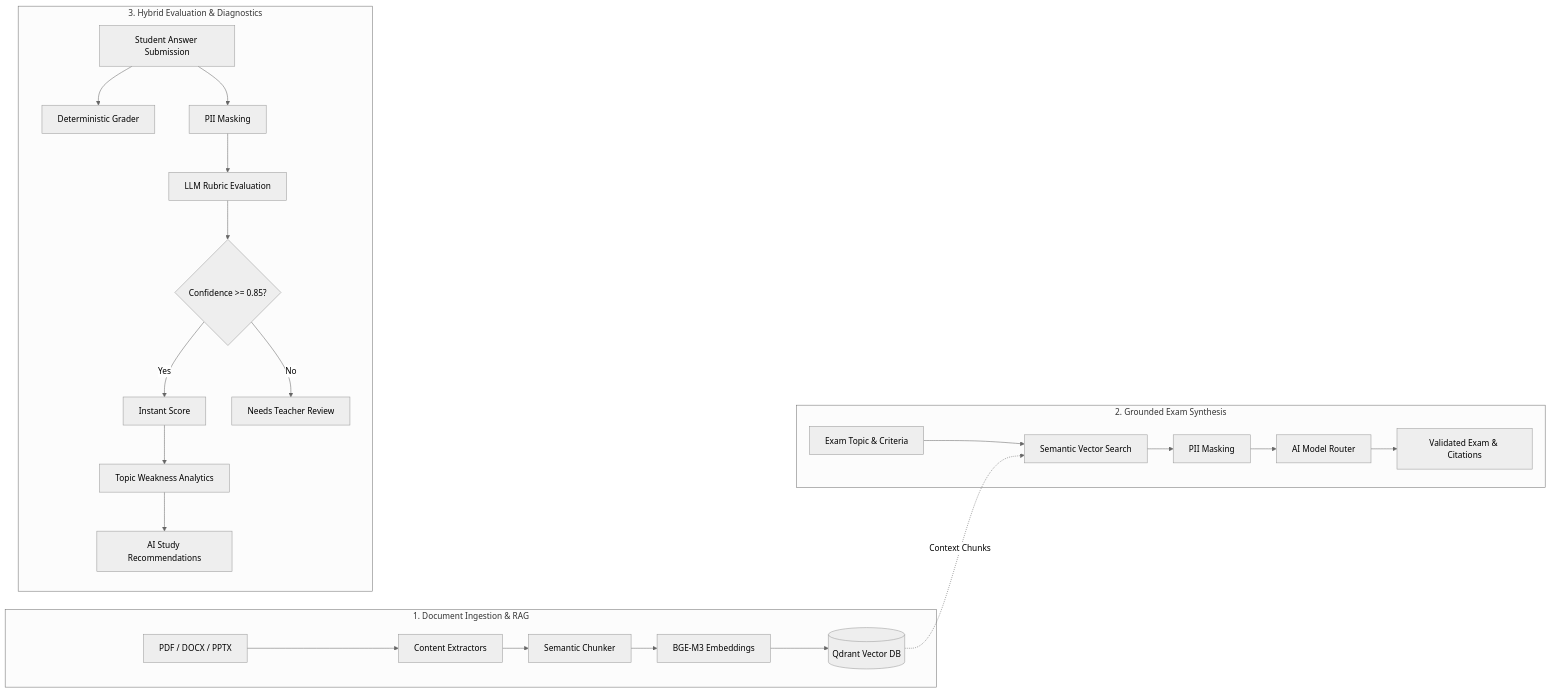
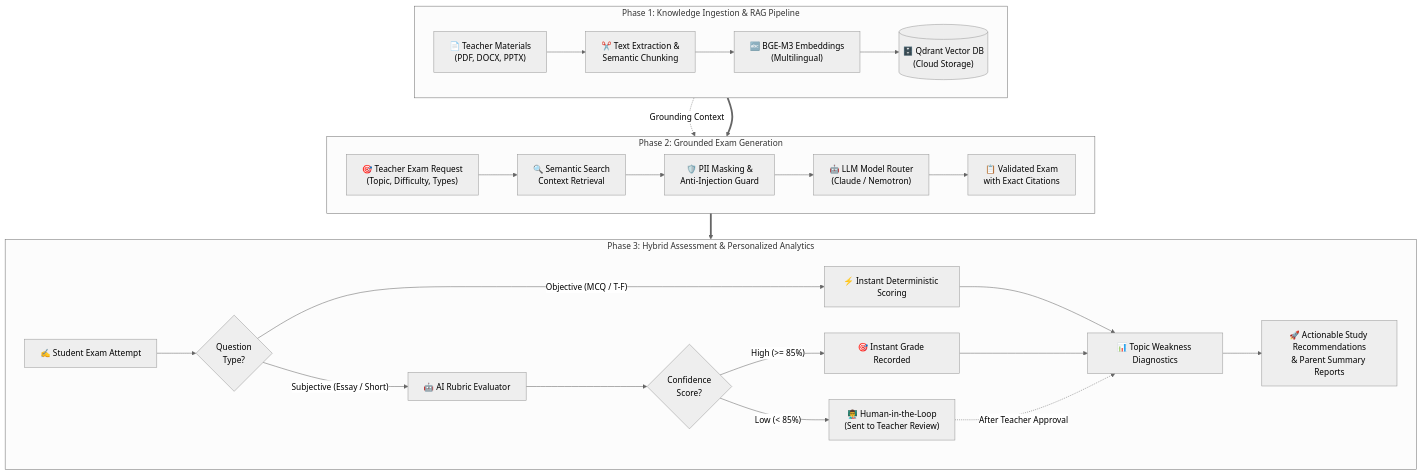
Before and after one commit to DrayaTeam/Draya-API: the diagram in README.md, drawn with Mermaid (neutral theme).

Commit message:
docs: improve Mermaid diagram readability and structure

````diff
--- a/README.md
+++ b/README.md
@@ -27,28 +27,36 @@
 ```mermaid
-flowchart LR
-    subgraph Ingestion["1. Document Ingestion & RAG"]
-        Doc[PDF / DOCX / PPTX] --> Extractor[Content Extractors]
-        Extractor --> Chunker[Semantic Chunker]
-        Chunker --> Embedding[BGE-M3 Embeddings]
-        Embedding --> Qdrant[(Qdrant Vector DB)]
+flowchart TD
+    subgraph S1["Phase 1: Knowledge Ingestion & RAG Pipeline"]
+        direction LR
+        A["📄 Teacher Materials<br/>(PDF, DOCX, PPTX)"] --> B["✂️ Text Extraction &<br/>Semantic Chunking"]
+        B --> C["🔤 BGE-M3 Embeddings<br/>(Multilingual)"]
+        C --> D[("🗄️ Qdrant Vector DB<br/>(Cloud Storage)")]
     end
 
-    subgraph Generation["2. Grounded Exam Synthesis"]
-        TeacherReq[Exam Topic & Criteria] --> Search[Semantic Vector Search]
-        Qdrant -. Context Chunks .-> Search
-        Search --> Anonymizer1[PII Masking]
-        Anonymizer1 --> Router[AI Model Router]
-        Router --> ExamGen[Validated Exam & Citations]
+    subgraph S2["Phase 2: Grounded Exam Generation"]
+        direction LR
+        E["🎯 Teacher Exam Request<br/>(Topic, Difficulty, Types)"] --> F["🔍 Semantic Search<br/>Context Retrieval"]
+        D -. "Grounding Context" .-> F
+        F --> G["🛡️ PII Masking &<br/>Anti-Injection Guard"]
+        G --> H["🤖 LLM Model Router<br/>(Claude / Nemotron)"]
+        H --> I["📋 Validated Exam<br/>with Exact Citations"]
     end
 
-    subgraph Evaluation["3. Hybrid Evaluation & Diagnostics"]
-        Submission[Student Answer Submission] --> Objective[Deterministic Grader]
-        Submission --> Anonymizer2[PII Masking]
-        Anonymizer2 --> Subjective[LLM Rubric Evaluation]
-        Subjective --> Confidence{Confidence >= 0.85?}
-        Confidence -- Yes --> GradeRecorded[Instant Score]
-        Confidence -- No --> FlagReview[Needs Teacher Review]
-        GradeRecorded --> Diagnostics[Topic Weakness Analytics]
-        Diagnostics --> Report[AI Study Recommendations]
+    subgraph S3["Phase 3: Hybrid Assessment & Personalized Analytics"]
+        J["✍️ Student Exam Attempt"] --> K{"Question<br/>Type?"}
+        
+        K -- "Objective (MCQ / T-F)" --> L["⚡ Instant Deterministic Scoring"]
+        K -- "Subjective (Essay / Short)" --> M["🤖 AI Rubric Evaluator"]
+        
+        M --> N{"Confidence<br/>Score?"}
+        N -- "High (>= 85%)" --> O["🎯 Instant Grade Recorded"]
+        N -- "Low (< 85%)" --> P["👨‍🏫 Human-in-the-Loop<br/>(Sent to Teacher Review)"]
+        
+        L --> Q["📊 Topic Weakness Diagnostics"]
+        O --> Q
+        P -. "After Teacher Approval" .-> Q
+        Q --> R["🚀 Actionable Study Recommendations<br/>& Parent Summary Reports"]
     end
+
+    S1 ==> S2 ==> S3
 ```
````
